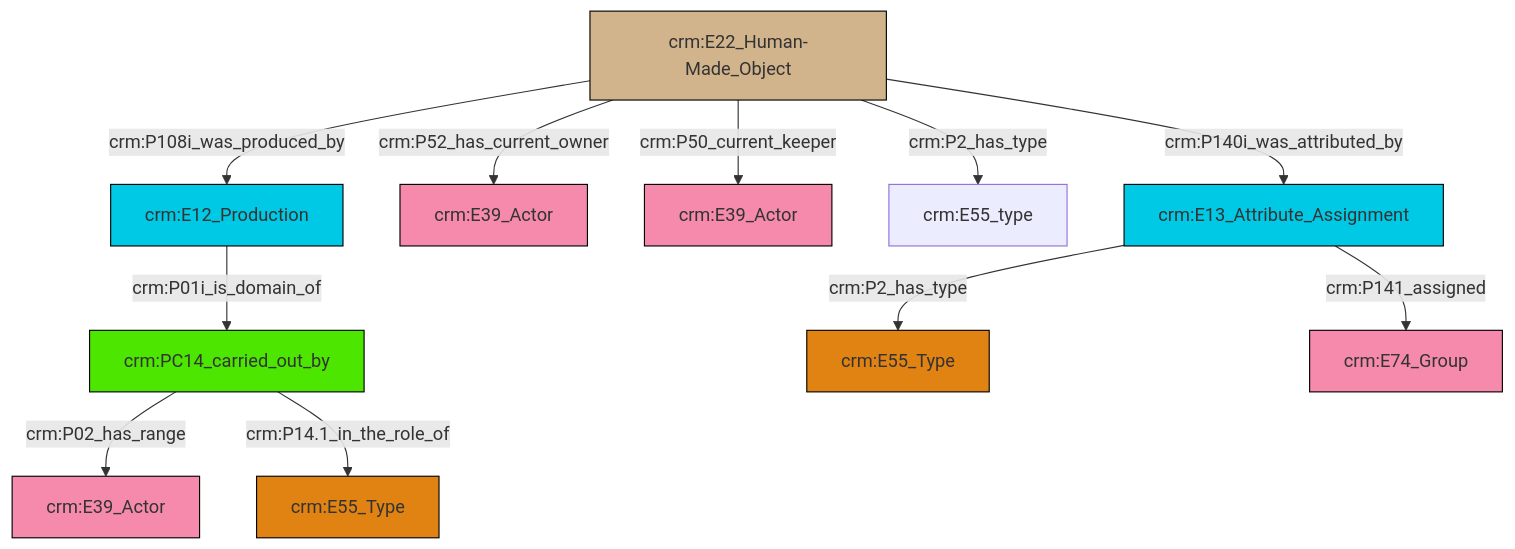
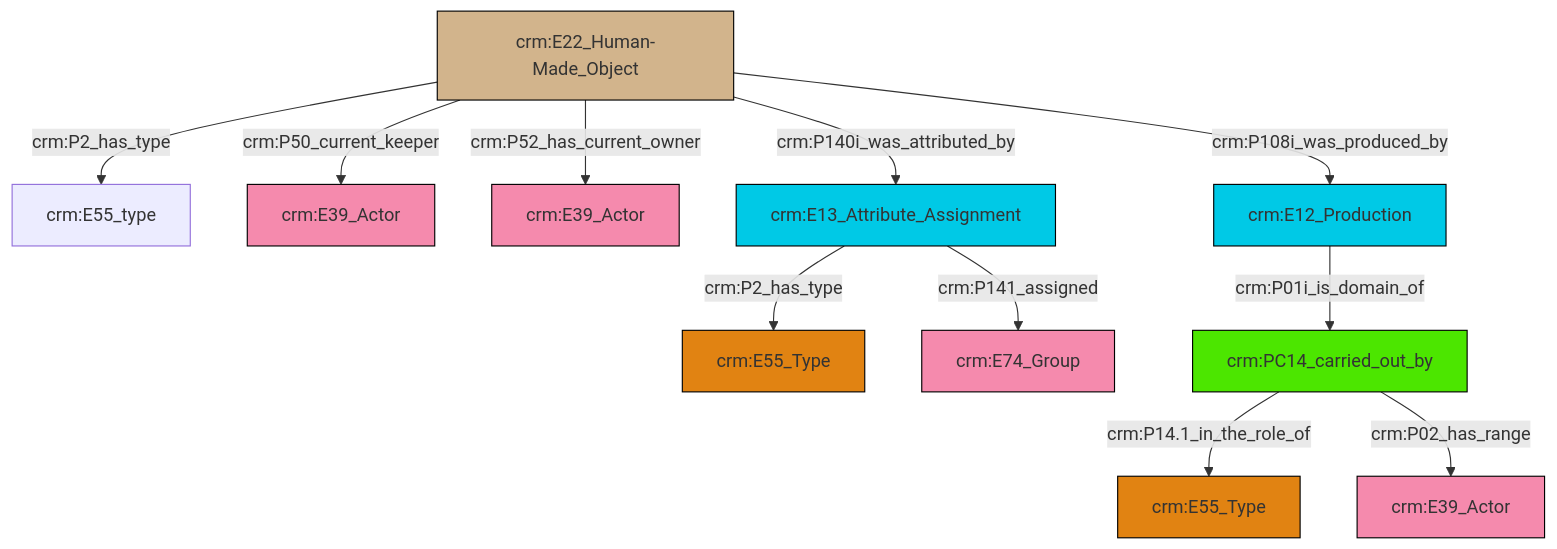
Before and after one commit to swiss-art-research-net/docs.swissartresearch: the diagram in et/artworkCSV/ttl/mmd/Artwork_Actor_Relations.ttl.mmd, drawn with Mermaid. The commit also changed 175 other files, not shown here.

```diff
--- a/et/artworkCSV/ttl/mmd/Artwork_Actor_Relations.ttl.mmd
+++ b/et/artworkCSV/ttl/mmd/Artwork_Actor_Relations.ttl.mmd
@@ -1,25 +1,25 @@
 graph TD
 classDef Literal fill:#f2f2f2,stroke:#000000;
 classDef CRM_Entity fill:#FFFFFF,stroke:#000000;
 classDef Temporal_Entity fill:#00C9E6, stroke:#000000;
 classDef Type fill:#E18312, stroke:#000000;
 classDef Time-Span fill:#2C9C91, stroke:#000000;
 classDef Appellation fill:#FFEB7F, stroke:#000000;
 classDef Place fill:#008836, stroke:#000000;
 classDef Persistent_Item fill:#B266B2, stroke:#000000;
 classDef Conceptual_Object fill:#FFD700, stroke:#000000;
 classDef Physical_Thing fill:#D2B48C, stroke:#000000;
 classDef Actor fill:#f58aad, stroke:#000000;
 classDef PC_Classes fill:#4ce600, stroke:#000000;
 classDef Multi fill:#cccccc,stroke:#000000;
 
-2["crm:E22_Human-Made_Object"]:::Physical_Thing -->|crm:P108i_was_produced_by| 6["crm:E12_Production"]:::Temporal_Entity
-2["crm:E22_Human-Made_Object"]:::Physical_Thing -->|crm:P52_has_current_owner| 10["crm:E39_Actor"]:::Actor
-2["crm:E22_Human-Made_Object"]:::Physical_Thing -->|crm:P50_current_keeper| 11["crm:E39_Actor"]:::Actor
-8["crm:PC14_carried_out_by"]:::PC_Classes -->|crm:P02_has_range| 15["crm:E39_Actor"]:::Actor
-2["crm:E22_Human-Made_Object"]:::Physical_Thing -->|crm:P2_has_type| 20["crm:E55_type"]:::Default
-6["crm:E12_Production"]:::Temporal_Entity -->|crm:P01i_is_domain_of| 8["crm:PC14_carried_out_by"]:::PC_Classes
-4["crm:E13_Attribute_Assignment"]:::Temporal_Entity -->|crm:P2_has_type| 0["crm:E55_Type"]:::Type
-8["crm:PC14_carried_out_by"]:::PC_Classes -->|crm:P14.1_in_the_role_of| 12["crm:E55_Type"]:::Type
-4["crm:E13_Attribute_Assignment"]:::Temporal_Entity -->|crm:P141_assigned| 17["crm:E74_Group"]:::Actor
-2["crm:E22_Human-Made_Object"]:::Physical_Thing -->|crm:P140i_was_attributed_by| 4["crm:E13_Attribute_Assignment"]:::Temporal_Entity
+7["crm:E22_Human-Made_Object"]:::Physical_Thing -->|crm:P50_current_keeper| 8["crm:E39_Actor"]:::Actor
+7["crm:E22_Human-Made_Object"]:::Physical_Thing -->|crm:P52_has_current_owner| 9["crm:E39_Actor"]:::Actor
+11["crm:E12_Production"]:::Temporal_Entity -->|crm:P01i_is_domain_of| 13["crm:PC14_carried_out_by"]:::PC_Classes
+7["crm:E22_Human-Made_Object"]:::Physical_Thing -->|crm:P2_has_type| 2["crm:E55_type"]:::Default
+7["crm:E22_Human-Made_Object"]:::Physical_Thing -->|crm:P108i_was_produced_by| 11["crm:E12_Production"]:::Temporal_Entity
+14["crm:E13_Attribute_Assignment"]:::Temporal_Entity -->|crm:P141_assigned| 5["crm:E74_Group"]:::Actor
+13["crm:PC14_carried_out_by"]:::PC_Classes -->|crm:P14.1_in_the_role_of| 17["crm:E55_Type"]:::Type
+14["crm:E13_Attribute_Assignment"]:::Temporal_Entity -->|crm:P2_has_type| 0["crm:E55_Type"]:::Type
+13["crm:PC14_carried_out_by"]:::PC_Classes -->|crm:P02_has_range| 20["crm:E39_Actor"]:::Actor
+7["crm:E22_Human-Made_Object"]:::Physical_Thing -->|crm:P140i_was_attributed_by| 14["crm:E13_Attribute_Assignment"]:::Temporal_Entity
```
